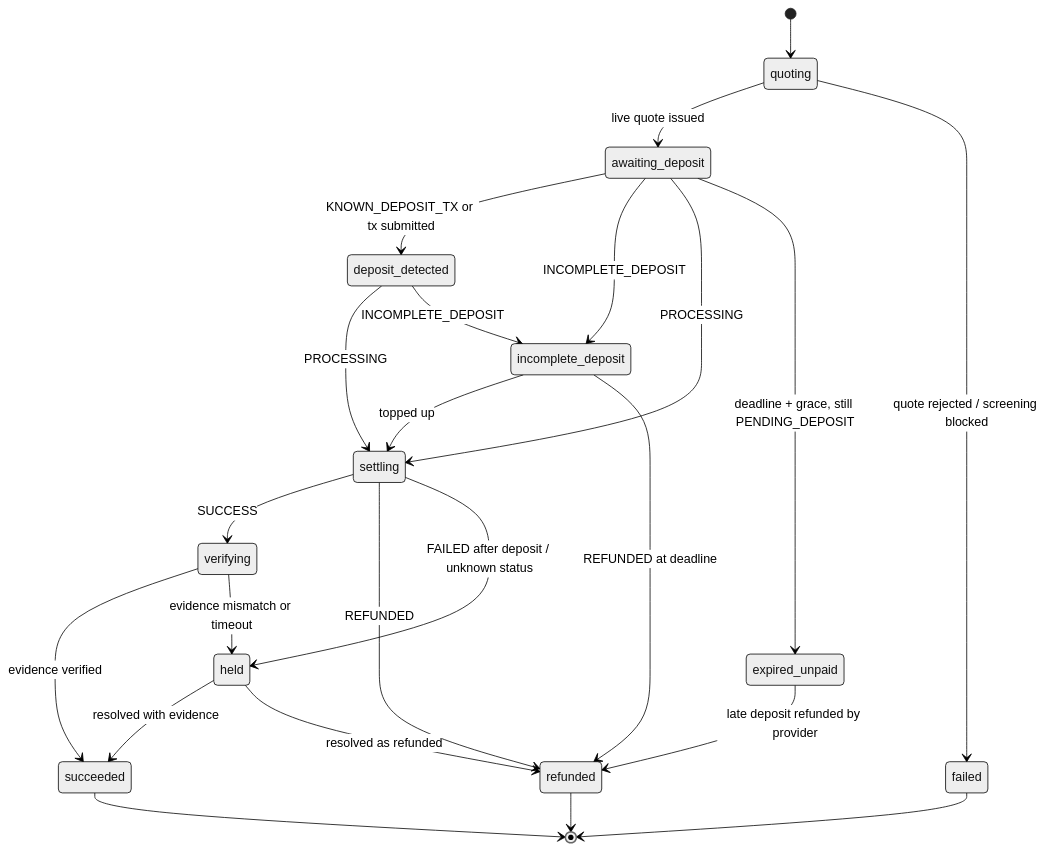
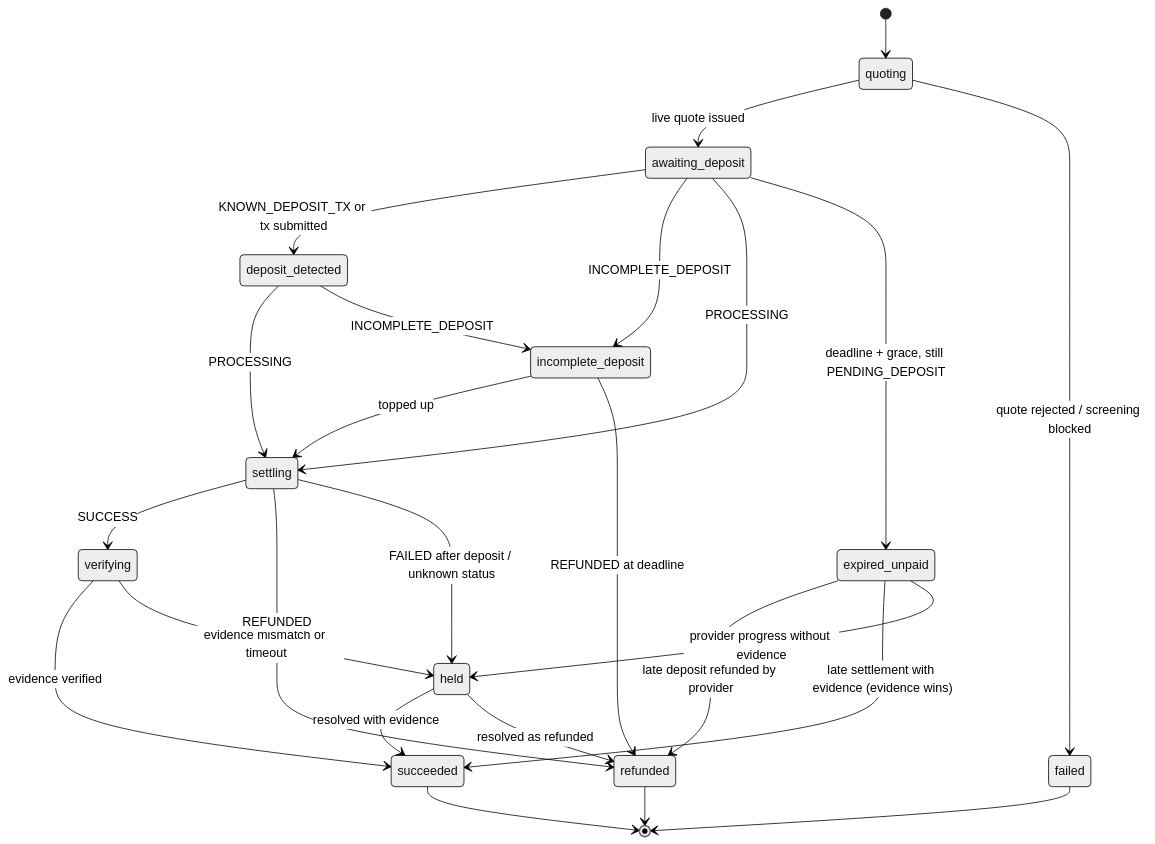
The fourth of 6 diagrams in architecture/domain-model.md (nearpay-money/nearpay-brain), drawn with Mermaid (neutral theme) before and after one commit. The commit also changed other lines of this file and 18 other files, not shown here.

````diff
--- a/architecture/domain-model.md
+++ b/architecture/domain-model.md
@@ -192,25 +194,27 @@
 ```mermaid
 stateDiagram-v2
   [*] --> quoting
   quoting --> awaiting_deposit: live quote issued
   quoting --> failed: quote rejected / screening blocked
   awaiting_deposit --> deposit_detected: KNOWN_DEPOSIT_TX or tx submitted
   awaiting_deposit --> incomplete_deposit: INCOMPLETE_DEPOSIT
   awaiting_deposit --> settling: PROCESSING
   awaiting_deposit --> expired_unpaid: deadline + grace, still PENDING_DEPOSIT
   deposit_detected --> settling: PROCESSING
   deposit_detected --> incomplete_deposit: INCOMPLETE_DEPOSIT
   incomplete_deposit --> settling: topped up
   incomplete_deposit --> refunded: REFUNDED at deadline
   settling --> verifying: SUCCESS
   verifying --> succeeded: evidence verified
   verifying --> held: evidence mismatch or timeout
   settling --> refunded: REFUNDED
   settling --> held: FAILED after deposit / unknown status
   expired_unpaid --> refunded: late deposit refunded by provider
+  expired_unpaid --> succeeded: late settlement with evidence (evidence wins)
+  expired_unpaid --> held: provider progress without evidence
   held --> succeeded: resolved with evidence
   held --> refunded: resolved as refunded
   succeeded --> [*]
   refunded --> [*]
   failed --> [*]
 ```
````
